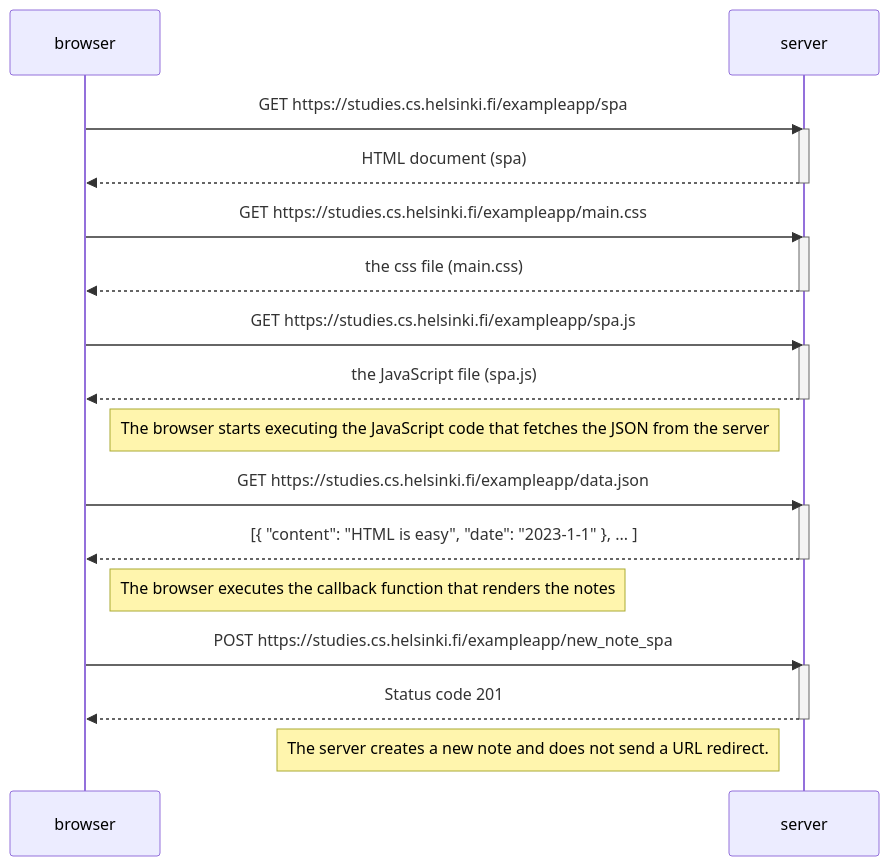
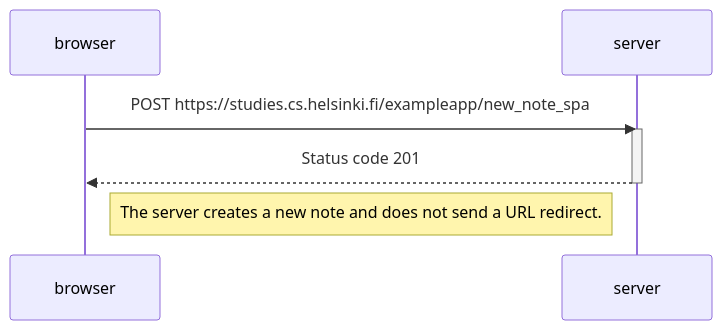
One commit to Ericx014/full-stack-open changed the diagram in part0/0.6.md. Above: the diagram before and after it, drawn with Mermaid.

````diff
--- a/part0/0.6.md
+++ b/part0/0.6.md
@@ -1,36 +1,12 @@
 ```mermaid
 sequenceDiagram
     participant browser
     participant server
-
-    browser->>server: GET https://studies.cs.helsinki.fi/exampleapp/spa
-    activate server
-    server-->>browser: HTML document (spa)
-    deactivate server
-
-    browser->>server: GET https://studies.cs.helsinki.fi/exampleapp/main.css
-    activate server
-    server-->>browser: the css file (main.css)
-    deactivate server
-
-    browser->>server: GET https://studies.cs.helsinki.fi/exampleapp/spa.js
-    activate server
-    server-->>browser: the JavaScript file (spa.js)
-    deactivate server
-
-    Note right of browser: The browser starts executing the JavaScript code that fetches the JSON from the server
-
-    browser->>server: GET https://studies.cs.helsinki.fi/exampleapp/data.json
-    activate server
-    server-->>browser: [{ "content": "HTML is easy", "date": "2023-1-1" }, ... ]
-    deactivate server
-
-    Note right of browser: The browser executes the callback function that renders the notes
 
     browser->>server: POST https://studies.cs.helsinki.fi/exampleapp/new_note_spa
     activate server
     server-->>browser: Status code 201
     deactivate server
 
     Note left of server: The server creates a new note and does not send a URL redirect.
 ```
````
